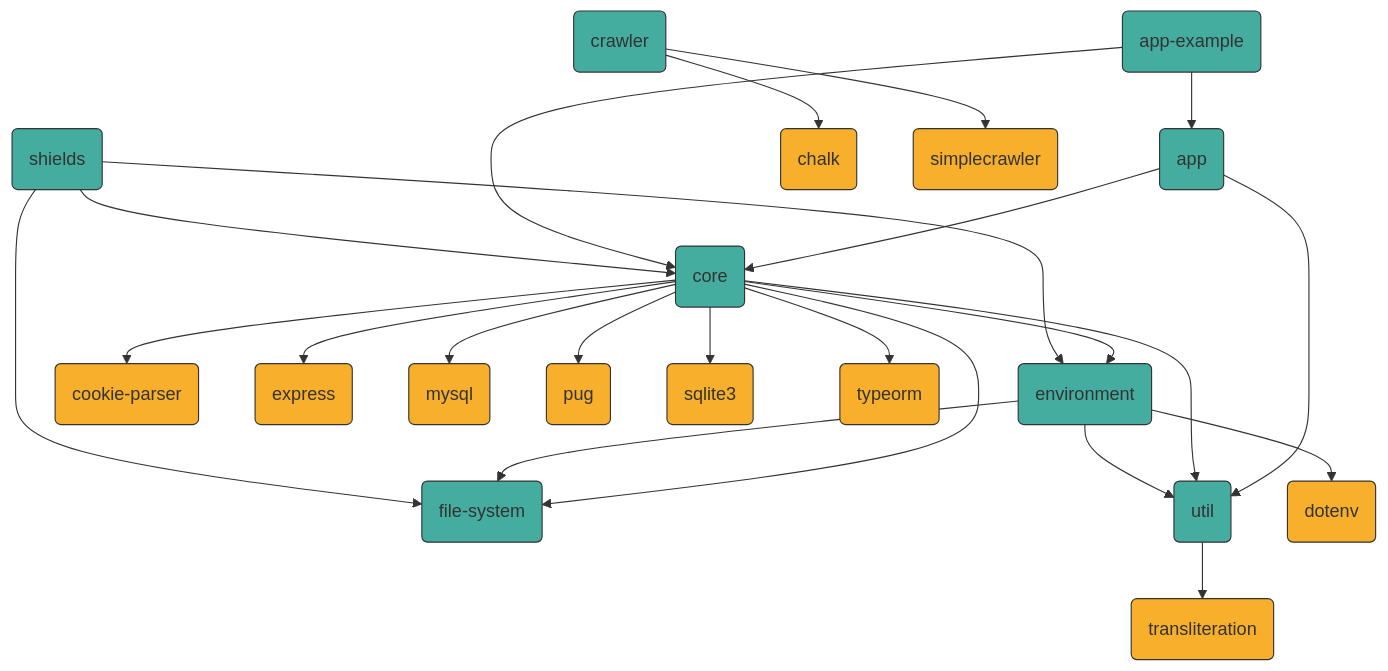
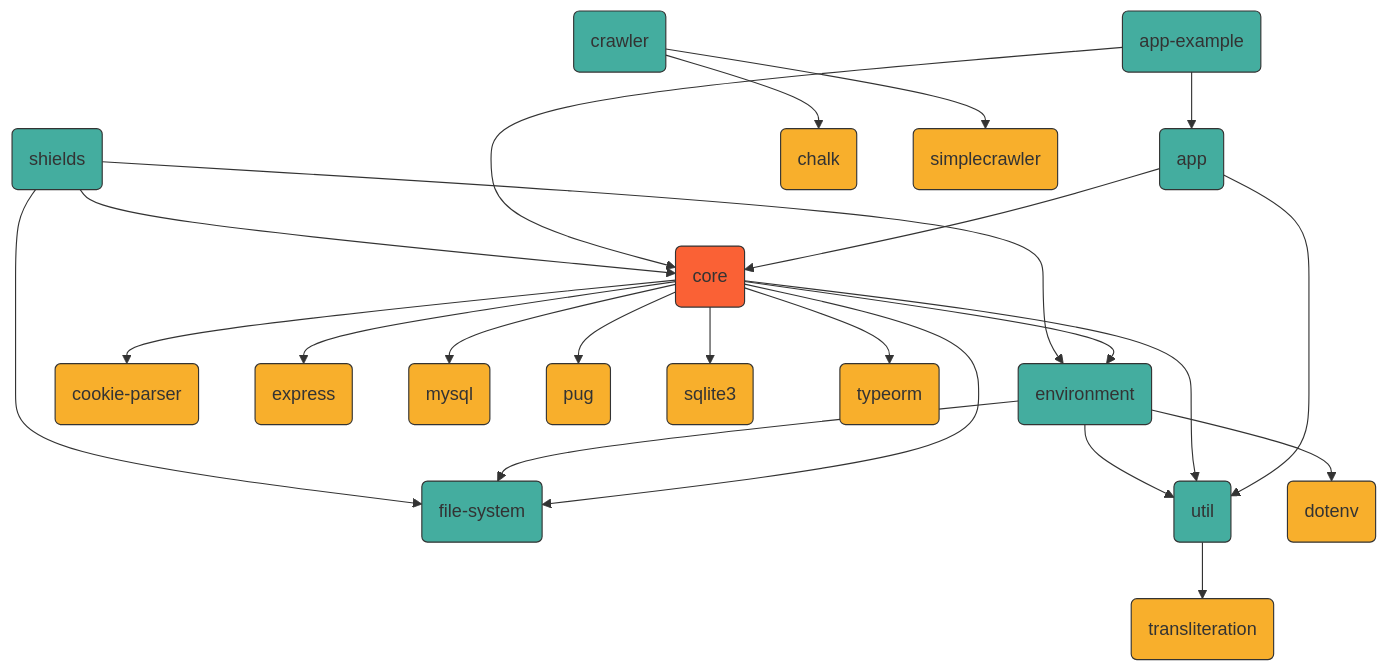
Before and after one commit to vokus/vokus: the diagram in doc/mmd/package-dependencies.mmd, drawn with Mermaid. The commit also changed 2 other files, not shown here.

```diff
--- a/doc/mmd/package-dependencies.mmd
+++ b/doc/mmd/package-dependencies.mmd
@@ -1,59 +1,59 @@
 graph TD
     _vokus_app(app)
     style _vokus_app fill:#44AD9F,stroke:#333,stroke-width:1px
     _vokus_app-example(app-example)
     style _vokus_app-example fill:#44AD9F,stroke:#333,stroke-width:1px
     _vokus_core(core)
-    style _vokus_core fill:#44AD9F,stroke:#333,stroke-width:1px
+    style _vokus_core fill:#FA6135,stroke:#333,stroke-width:1px
     _vokus_crawler(crawler)
     style _vokus_crawler fill:#44AD9F,stroke:#333,stroke-width:1px
     _vokus_environment(environment)
     style _vokus_environment fill:#44AD9F,stroke:#333,stroke-width:1px
     _vokus_file-system(file-system)
     style _vokus_file-system fill:#44AD9F,stroke:#333,stroke-width:1px
     _vokus_shields(shields)
     style _vokus_shields fill:#44AD9F,stroke:#333,stroke-width:1px
     _vokus_util(util)
     style _vokus_util fill:#44AD9F,stroke:#333,stroke-width:1px
     _vokus_app --> _vokus_core
     _vokus_app --> _vokus_util
     _vokus_app-example --> _vokus_app
     _vokus_app-example --> _vokus_core
     _vokus_core --> _vokus_environment
     _vokus_core --> _vokus_file-system
     _vokus_core --> _vokus_util
     _vokus_core --> cookie-parser
     cookie-parser(cookie-parser)
     style cookie-parser fill:#F8AF2C,stroke:#333,stroke-width:1px
     _vokus_core --> express
     express(express)
     style express fill:#F8AF2C,stroke:#333,stroke-width:1px
     _vokus_core --> mysql
     mysql(mysql)
     style mysql fill:#F8AF2C,stroke:#333,stroke-width:1px
     _vokus_core --> pug
     pug(pug)
     style pug fill:#F8AF2C,stroke:#333,stroke-width:1px
     _vokus_core --> sqlite3
     sqlite3(sqlite3)
     style sqlite3 fill:#F8AF2C,stroke:#333,stroke-width:1px
     _vokus_core --> typeorm
     typeorm(typeorm)
     style typeorm fill:#F8AF2C,stroke:#333,stroke-width:1px
     _vokus_crawler --> chalk
     chalk(chalk)
     style chalk fill:#F8AF2C,stroke:#333,stroke-width:1px
     _vokus_crawler --> simplecrawler
     simplecrawler(simplecrawler)
     style simplecrawler fill:#F8AF2C,stroke:#333,stroke-width:1px
     _vokus_environment --> _vokus_file-system
     _vokus_environment --> _vokus_util
     _vokus_environment --> dotenv
     dotenv(dotenv)
     style dotenv fill:#F8AF2C,stroke:#333,stroke-width:1px
     _vokus_shields --> _vokus_core
     _vokus_shields --> _vokus_environment
     _vokus_shields --> _vokus_file-system
     _vokus_util --> transliteration
     transliteration(transliteration)
     style transliteration fill:#F8AF2C,stroke:#333,stroke-width:1px
```
